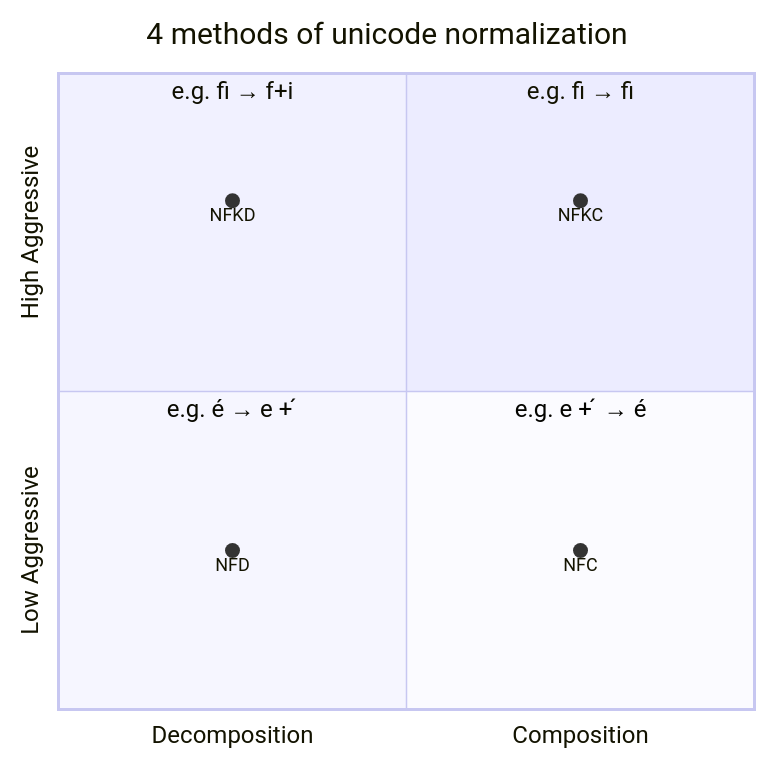
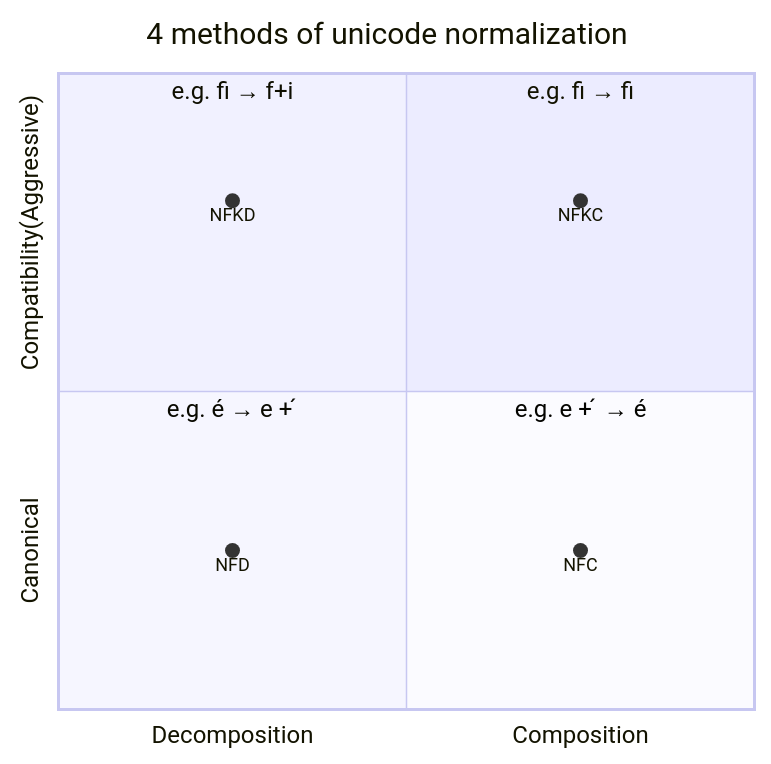
One commit to ChrisZhu2050/chriszhu2050.github.io changed the second of 6 diagrams in README.md. Above: the diagram before and after it, drawn with Mermaid. The commit also changed other lines of this file, not shown here.

````diff
--- a/README.md
+++ b/README.md
@@ -57,14 +57,14 @@
       ```mermaid
         quadrantChart
           title 4 methods of unicode normalization
           x-axis Decomposition --> Composition
-          y-axis Low Aggressive --> High Aggressive
+          y-axis "Canonical" --> "Compatibility(Aggressive)"
               quadrant-1 e.g. ﬁ → fi
               quadrant-2 e.g. ﬁ → f+i
               quadrant-3 e.g. é → e + ́ 
               quadrant-4 e.g. e + ́ → é
           "NFKD": [0.25, 0.8]
           "NFKC": [0.75, 0.8]
           "NFD": [0.25, 0.25]
           "NFC": [0.75, 0.25]
       ```
````
